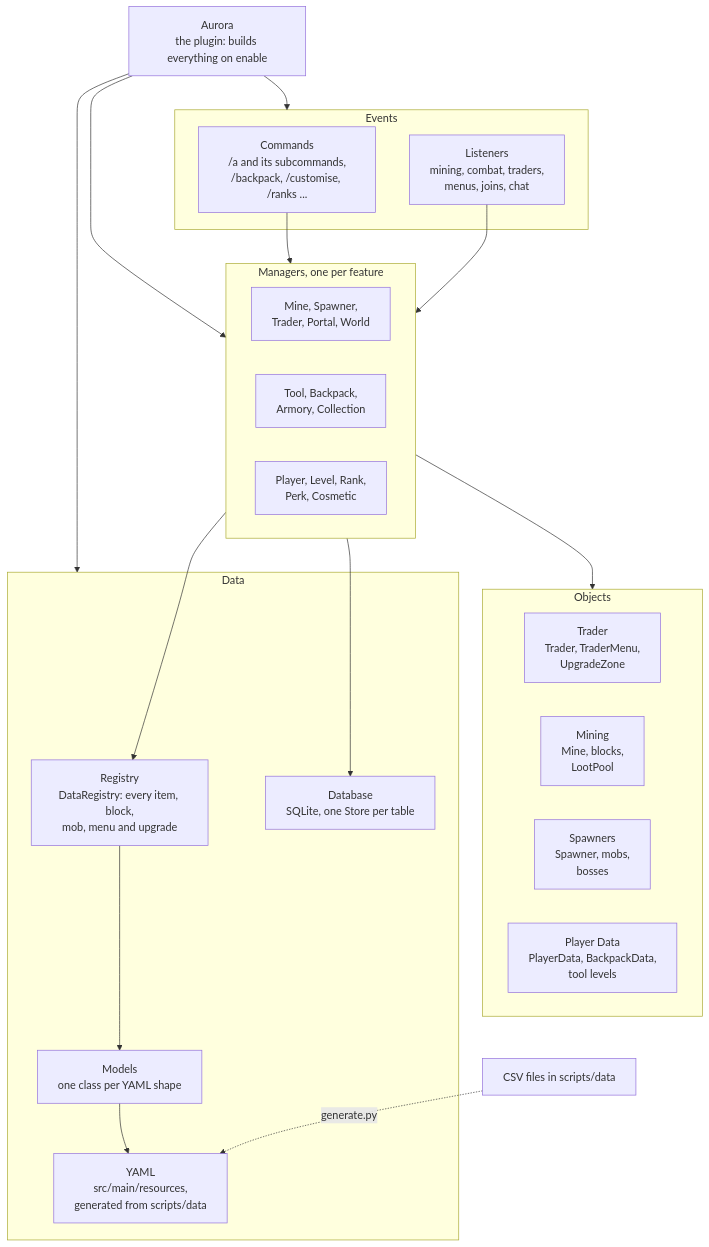
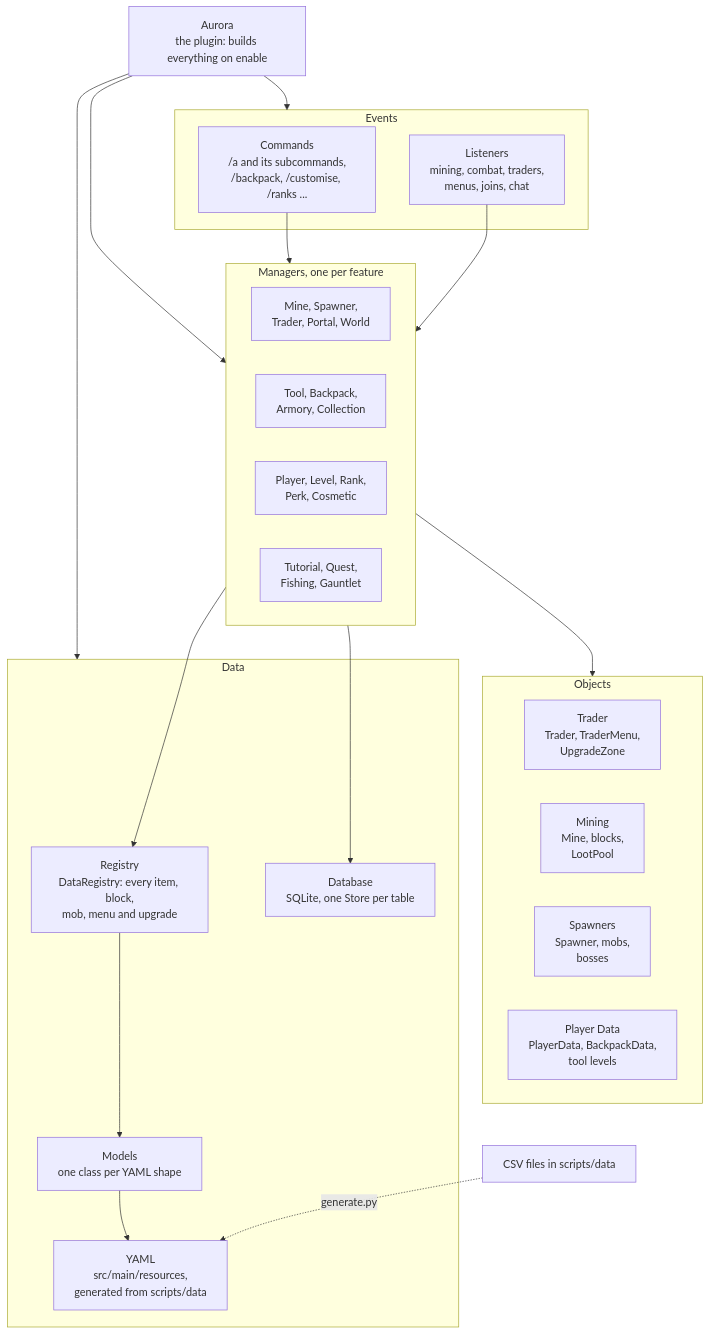
Before and after one commit to charky-p/aurora-plugin: the diagram in README.md, drawn with Mermaid. The commit also changed other lines of this file and 5 other files, not shown here.

````diff
--- a/README.md
+++ b/README.md
@@ -52,41 +59,42 @@
 ```mermaid
 flowchart TD
     Aurora["Aurora<br/>the plugin: builds everything on enable"]
 
     subgraph Events["Events"]
         Commands["Commands<br/>/a and its subcommands,<br/>/backpack, /customise, /ranks ..."]
         Listeners["Listeners<br/>mining, combat, traders,<br/>menus, joins, chat"]
     end
 
     subgraph Managers["Managers, one per feature"]
         M1["Mine, Spawner,<br/>Trader, Portal, World"]
         M2["Tool, Backpack,<br/>Armory, Collection"]
         M3["Player, Level, Rank,<br/>Perk, Cosmetic"]
+        M4["Tutorial, Quest,<br/>Fishing, Gauntlet"]
     end
 
     subgraph Objects["Objects"]
         Trader["Trader<br/>Trader, TraderMenu,<br/>UpgradeZone"]
         Mining["Mining<br/>Mine, blocks,<br/>LootPool"]
         Spawners["Spawners<br/>Spawner, mobs,<br/>bosses"]
         PlayerData["Player Data<br/>PlayerData, BackpackData,<br/>tool levels"]
     end
 
     subgraph Data["Data"]
         Registry["Registry<br/>DataRegistry: every item, block,<br/>mob, menu and upgrade"]
         Models["Models<br/>one class per YAML shape"]
         YAML["YAML<br/>src/main/resources,<br/>generated from scripts/data"]
         Database["Database<br/>SQLite, one Store per table"]
     end
 
     Aurora --> Events
     Aurora --> Managers
     Aurora --> Data
     Commands --> Managers
     Listeners --> Managers
     Managers --> Objects
     Managers --> Registry
     Managers --> Database
     Registry --> Models
     Models --> YAML
     CSV["CSV files in scripts/data"] -.->|"generate.py"| YAML
 ```
````
